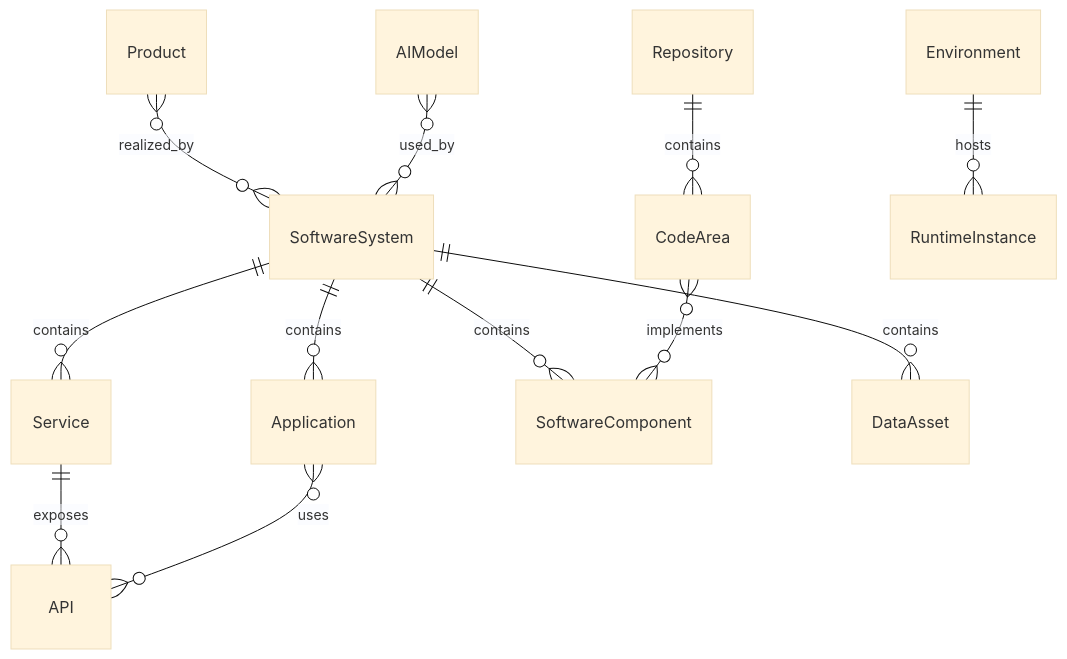
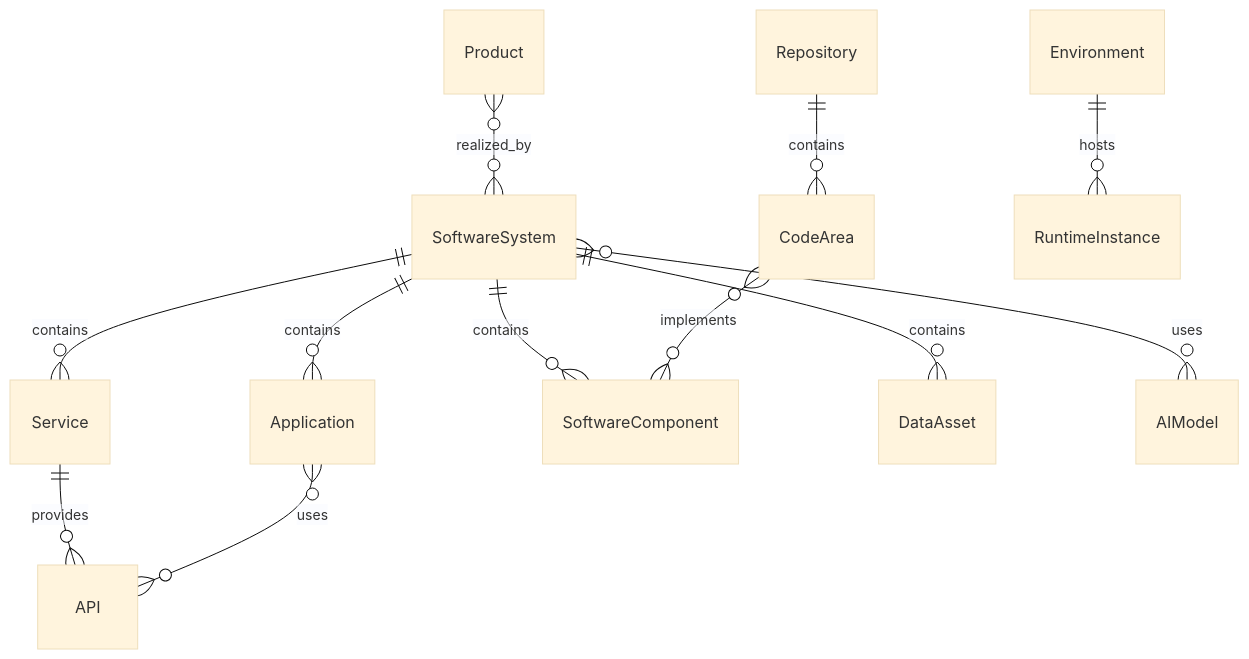
The seventh of 12 diagrams in SOFTWARE_ORGANIZATION_DOMAIN_MODEL.md (maxvydrin/vision), drawn with Mermaid (base theme) before and after one commit. The commit also changed other lines of this file and 3 other files, not shown here.

````diff
--- a/SOFTWARE_ORGANIZATION_DOMAIN_MODEL.md
+++ b/SOFTWARE_ORGANIZATION_DOMAIN_MODEL.md
@@ -450,14 +483,14 @@
 ```mermaid
 erDiagram
     Product }o--o{ SoftwareSystem : "realized_by"
     SoftwareSystem ||--o{ Application : "contains"
     SoftwareSystem ||--o{ Service : "contains"
     SoftwareSystem ||--o{ SoftwareComponent : "contains"
     SoftwareSystem ||--o{ DataAsset : "contains"
-    Service ||--o{ API : "exposes"
+    Service ||--o{ API : "provides"
     Application }o--o{ API : "uses"
     Repository ||--o{ CodeArea : "contains"
     CodeArea }o--o{ SoftwareComponent : "implements"
     Environment ||--o{ RuntimeInstance : "hosts"
-    AIModel }o--o{ SoftwareSystem : "used_by"
+    SoftwareSystem }o--o{ AIModel : "uses"
 ```
````
